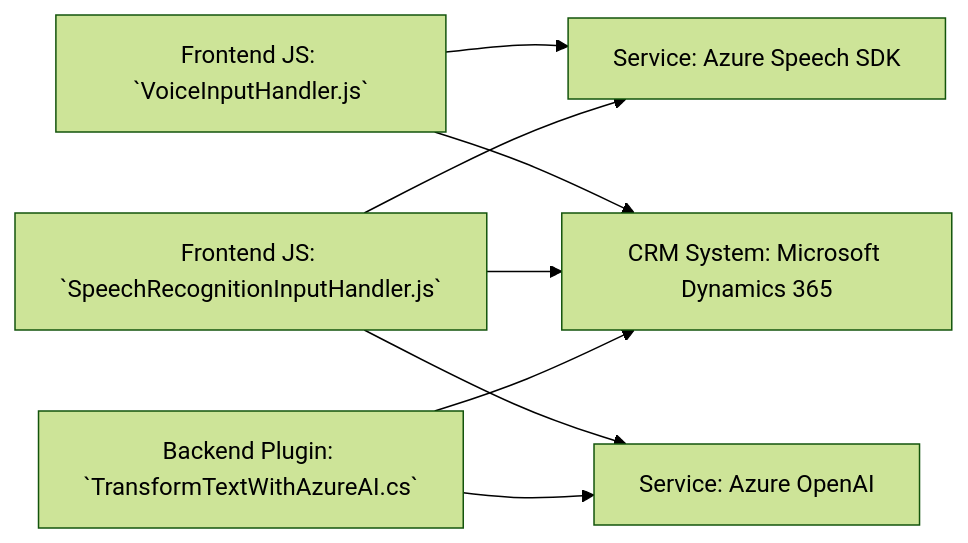
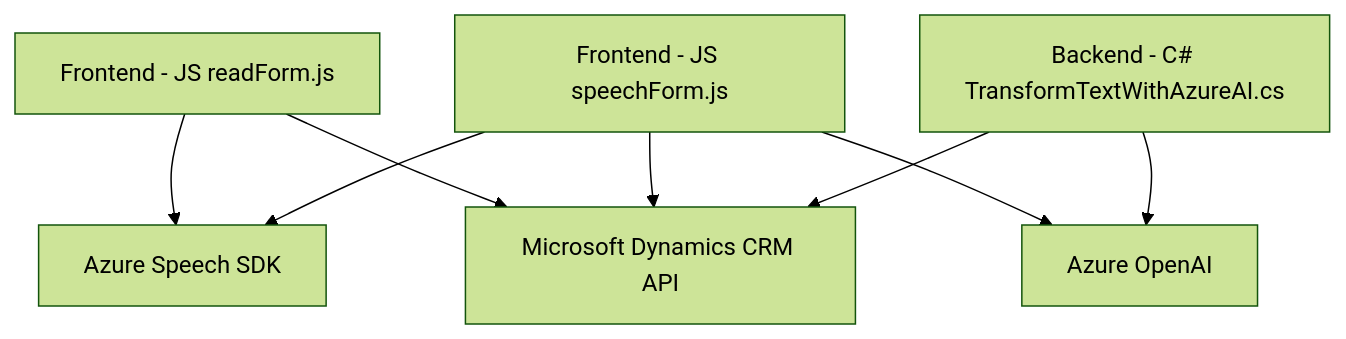
Before and after one commit to blopezdm/NETCORE_BILBAO2025: the diagram in README.md, drawn with Mermaid (forest theme). The commit also changed other lines of this file, not shown here.

````diff
--- a/README.md
+++ b/README.md
@@ -70,17 +46,17 @@
 ```mermaid
-graph LR
-    A["Frontend JS: `VoiceInputHandler.js`"]
-    B["Frontend JS: `SpeechRecognitionInputHandler.js`"]
-    C["Backend Plugin: `TransformTextWithAzureAI.cs`"]
-    D["Service: Azure Speech SDK"]
-    E["Service: Azure OpenAI"]
-    F["CRM System: Microsoft Dynamics 365"]
-    
+graph TD
+    A["Frontend - JS readForm.js"]
+    B["Frontend - JS speechForm.js"]
+    C["Backend - C# TransformTextWithAzureAI.cs"]
+    D["Azure Speech SDK"]
+    E["Microsoft Dynamics CRM API"]
+    F["Azure OpenAI"]
+
     A --> D
-    A --> F
+    A --> E
     B --> D
+    B --> E
     B --> F
-    B --> E
+    C --> E
     C --> F
-    C --> E
 ```
````
